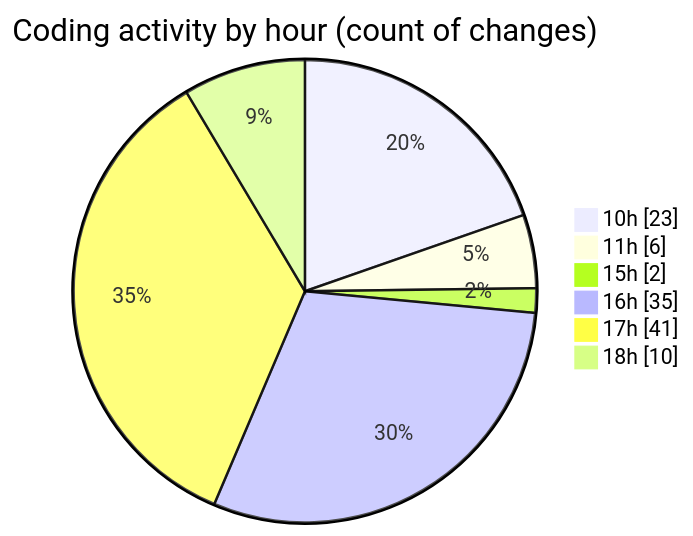
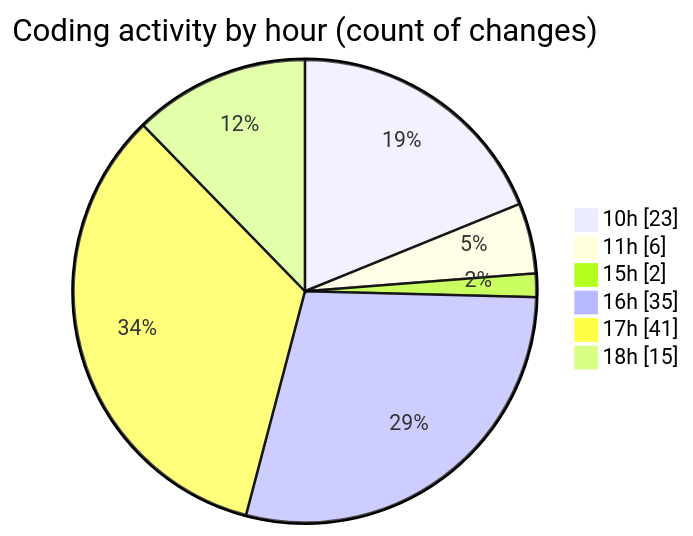
The second of 2 diagrams in 2026-05-04/nxtqube_webapp/README.md (nxtqubesakshisongat/code-tracking), drawn with Mermaid before and after one commit. The commit also changed other lines of this file and 1 other file, not shown here.

````diff
--- a/2026-05-04/nxtqube_webapp/README.md
+++ b/2026-05-04/nxtqube_webapp/README.md
@@ -39,10 +39,10 @@
 ```mermaid
 pie showData
 title Coding activity by hour (count of changes)
 "10h" : 23
 "11h" : 6
 "15h" : 2
 "16h" : 35
 "17h" : 41
-"18h" : 10
+"18h" : 15
 ```
````
